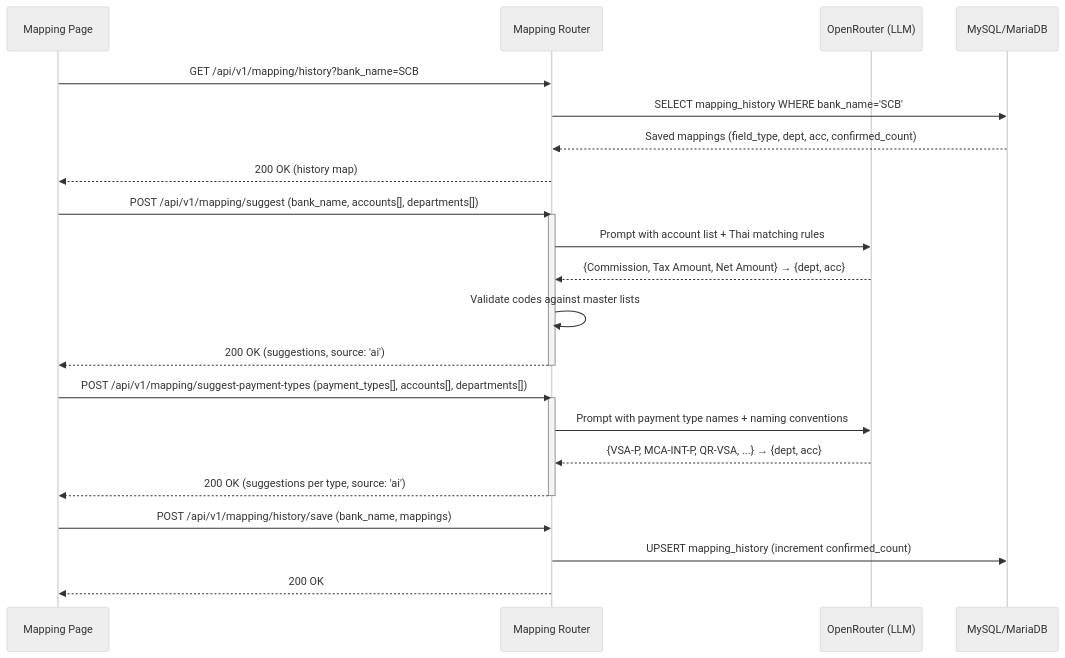
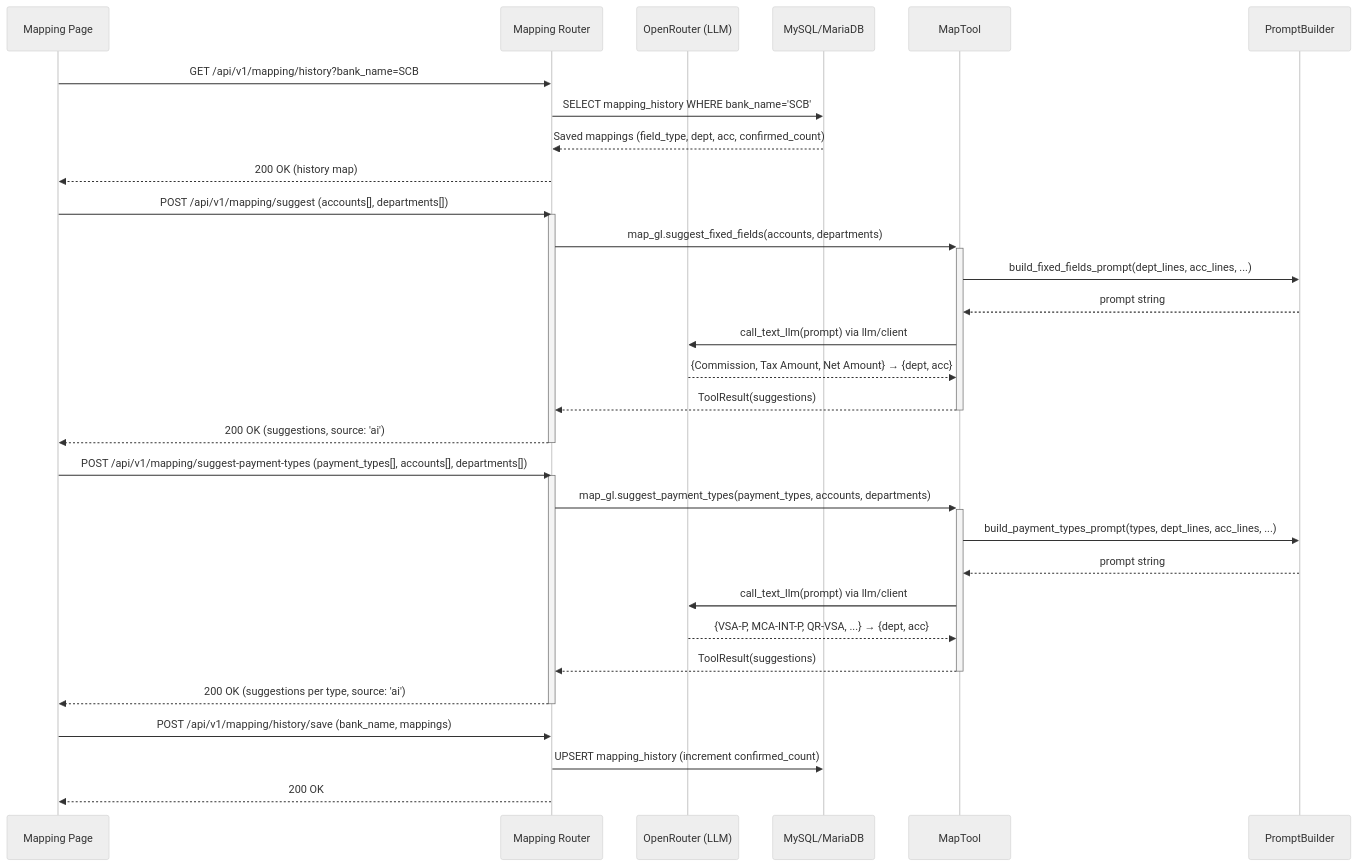
The sixth of 7 diagrams in docs/Software_Requirements_Specification.md (SupportCarmen/OCR), drawn with Mermaid (neutral theme) before and after one commit. The commit also changed other lines of this file and 16 other files, not shown here.

First line of the commit message:
feat: add mapping field validations and input tax submission API

````diff
--- a/docs/Software_Requirements_Specification.md
+++ b/docs/Software_Requirements_Specification.md
@@ -191,31 +210,38 @@
 ```mermaid
 sequenceDiagram
     participant UI as Mapping Page
     participant API as Mapping Router
     participant LLM as OpenRouter (LLM)
     participant DB as MySQL/MariaDB
 
     UI->>API: GET /api/v1/mapping/history?bank_name=SCB
     API->>DB: SELECT mapping_history WHERE bank_name='SCB'
     DB-->>API: Saved mappings (field_type, dept, acc, confirmed_count)
     API-->>UI: 200 OK (history map)
 
-    UI->>API: POST /api/v1/mapping/suggest (bank_name, accounts[], departments[])
+    UI->>API: POST /api/v1/mapping/suggest (accounts[], departments[])
     activate API
-    API->>LLM: Prompt with account list + Thai matching rules
-    LLM-->>API: {Commission, Tax Amount, Net Amount} → {dept, acc}
-    API->>API: Validate codes against master lists
+    API->>+MapTool: map_gl.suggest_fixed_fields(accounts, departments)
+    MapTool->>PromptBuilder: build_fixed_fields_prompt(dept_lines, acc_lines, ...)
+    PromptBuilder-->>MapTool: prompt string
+    MapTool->>LLM: call_text_llm(prompt) via llm/client
+    LLM-->>MapTool: {Commission, Tax Amount, Net Amount} → {dept, acc}
+    MapTool-->>-API: ToolResult(suggestions)
     API-->>UI: 200 OK (suggestions, source: 'ai')
     deactivate API
 
     UI->>API: POST /api/v1/mapping/suggest-payment-types (payment_types[], accounts[], departments[])
     activate API
-    API->>LLM: Prompt with payment type names + naming conventions
-    LLM-->>API: {VSA-P, MCA-INT-P, QR-VSA, ...} → {dept, acc}
+    API->>+MapTool: map_gl.suggest_payment_types(payment_types, accounts, departments)
+    MapTool->>PromptBuilder: build_payment_types_prompt(types, dept_lines, acc_lines, ...)
+    PromptBuilder-->>MapTool: prompt string
+    MapTool->>LLM: call_text_llm(prompt) via llm/client
+    LLM-->>MapTool: {VSA-P, MCA-INT-P, QR-VSA, ...} → {dept, acc}
+    MapTool-->>-API: ToolResult(suggestions)
     API-->>UI: 200 OK (suggestions per type, source: 'ai')
     deactivate API
 
     UI->>API: POST /api/v1/mapping/history/save (bank_name, mappings)
     API->>DB: UPSERT mapping_history (increment confirmed_count)
     API-->>UI: 200 OK
 ```
````
